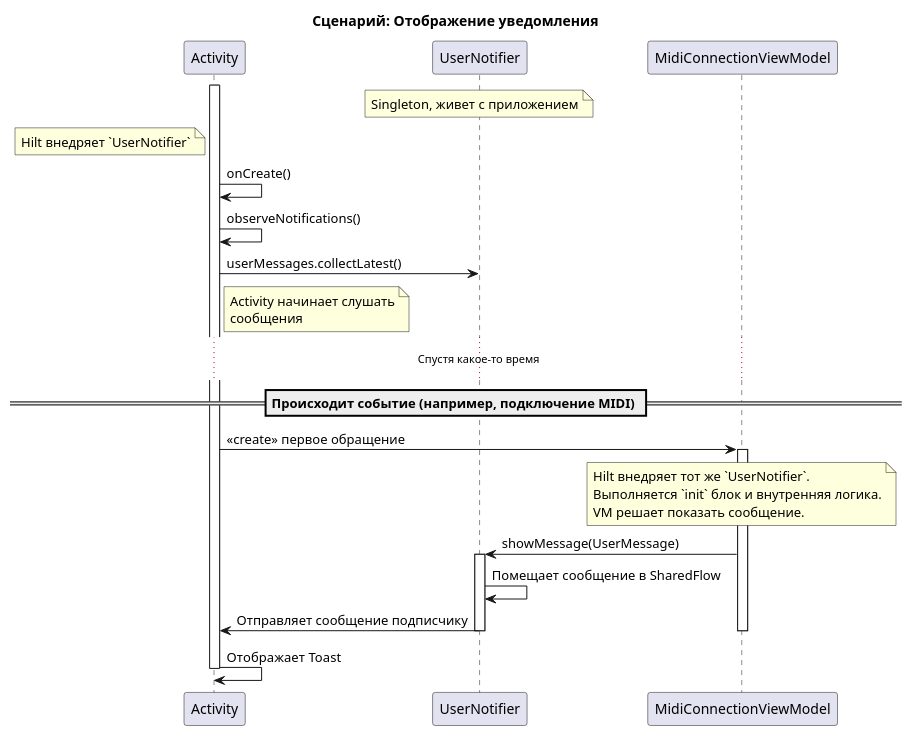
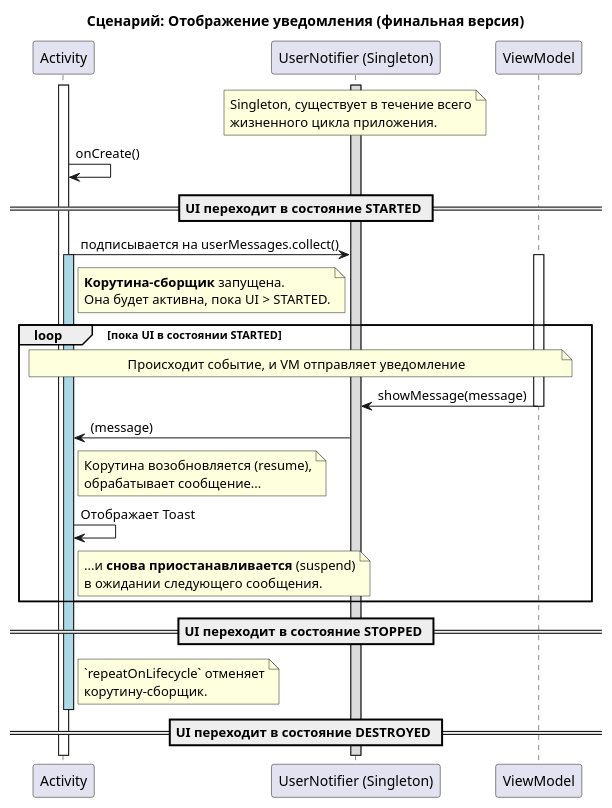
Before and after one commit to astrizhachuk/PianoFlow: the fourth of 5 diagrams in docs/ts/MIDI_NOTIFICATION.md, drawn with PlantUML. The commit also changed other lines of this file, not shown here.

Commit message:
docs: обновить диаграммы и описание жизненного цикла подписки

````diff
--- a/docs/ts/MIDI_NOTIFICATION.md
+++ b/docs/ts/MIDI_NOTIFICATION.md
@@ -157,39 +157,42 @@
 ```plantuml
 @startuml
-title Сценарий: Отображение уведомления
+title Сценарий: Отображение уведомления (финальная версия)
 
 participant "Activity" as UI
-participant "UserNotifier" as Notifier
-participant "MidiConnectionViewModel" as VM
+participant "UserNotifier (Singleton)" as Notifier
+participant "ViewModel" as VM
 
-note over Notifier: Singleton, живет с приложением
+activate Notifier #Gainsboro
+note over Notifier: Singleton, существует в течение всего\nжизненного цикла приложения.
 
 activate UI
-note left of UI : Hilt внедряет `UserNotifier`
 UI -> UI : onCreate()
-UI -> UI : observeNotifications()
-UI -> Notifier : userMessages.collectLatest()
-note right of UI : Activity начинает слушать\nсообщения
 
-... Спустя какое-то время ...
+== UI переходит в состояние STARTED ==
+UI -> Notifier : подписывается на userMessages.collect()
+activate UI #LightBlue
+note right of UI: **Корутина-сборщик** запущена.\nОна будет активна, пока UI > STARTED.
 
-== Происходит событие (например, подключение MIDI) ==
+loop пока UI в состоянии STARTED
 
-UI -> VM : <<create>> первое обращение
-activate VM
-note over VM
- Hilt внедряет тот же `UserNotifier`.
- Выполняется `init` блок и внутренняя логика.
- VM решает показать сообщение.
-end note
-VM -> Notifier : showMessage(UserMessage)
-activate Notifier
-Notifier -> Notifier : Помещает сообщение в SharedFlow
-Notifier -> UI : Отправляет сообщение подписчику
+    note over UI, VM : Происходит событие, и VM отправляет уведомление
+    activate VM
+    VM -> Notifier : showMessage(message)
+    deactivate VM
+
+    Notifier -> UI : (message)
+    note right of UI: Корутина возобновляется (resume),\nобрабатывает сообщение...
+    UI -> UI: Отображает Toast
+    note right of UI: ...и **снова приостанавливается** (suspend)\nв ожидании следующего сообщения.
+
+end
+
+== UI переходит в состояние STOPPED ==
+note right of UI: `repeatOnLifecycle` отменяет\nкорутину-сборщик.
+deactivate UI #LightBlue
+
+== UI переходит в состояние DESTROYED ==
+deactivate UI
 deactivate Notifier
-deactivate VM
-
-UI -> UI : Отображает Toast
-deactivate UI
 @enduml
 ```
````
